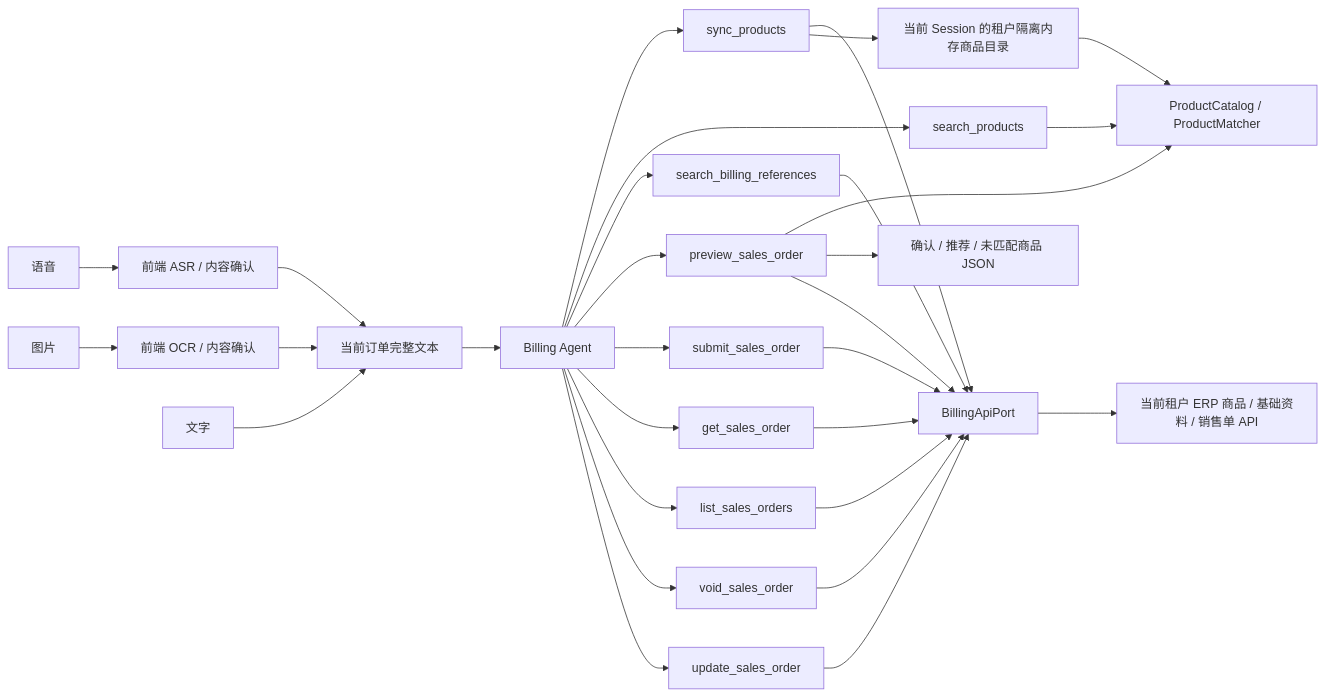
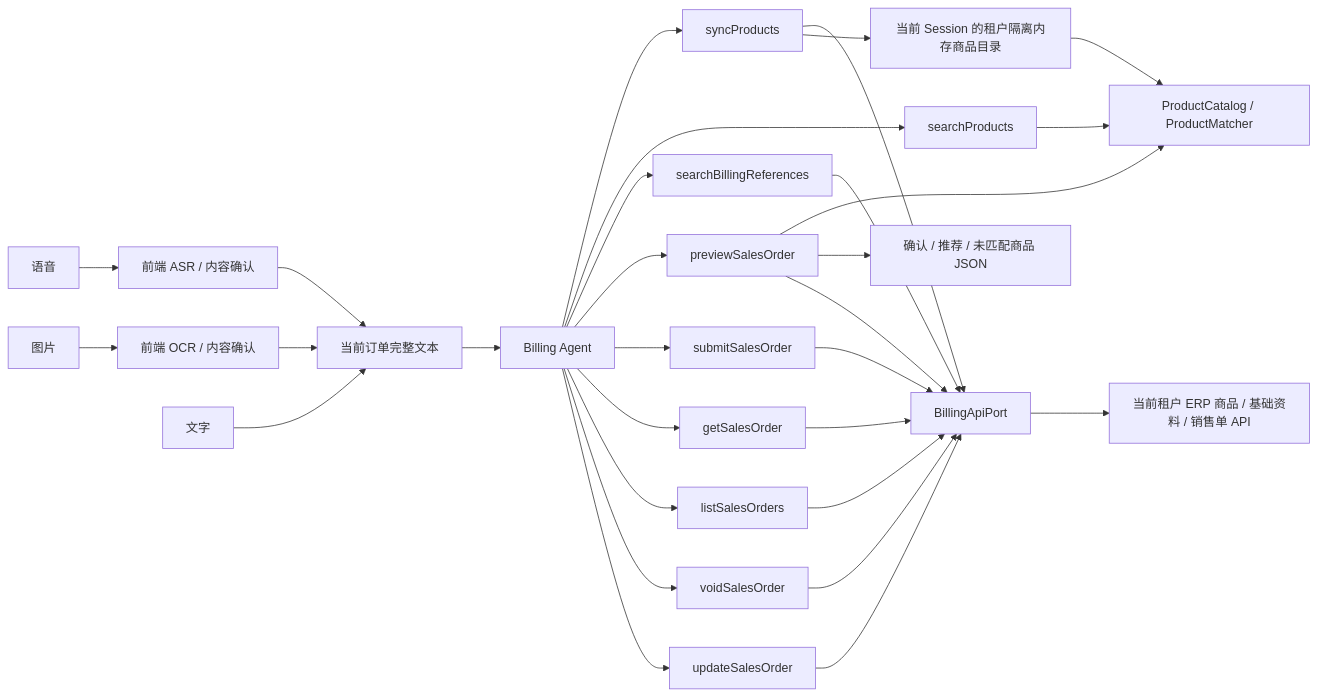
Before and after one commit to 757607106/gjp-cyb-mcp: the diagram in docs/architecture/ai-billing-tools-api-matching.md, drawn with Mermaid. The commit also changed other lines of this file and 15 other files, not shown here.

````diff
--- a/docs/architecture/ai-billing-tools-api-matching.md
+++ b/docs/architecture/ai-billing-tools-api-matching.md
@@ -12,34 +12,34 @@
 ```mermaid
 flowchart LR
     Voice["语音"] --> ASR["前端 ASR / 内容确认"]
     Image["图片"] --> OCR["前端 OCR / 内容确认"]
     Text["文字"] --> FullText["当前订单完整文本"]
     ASR --> FullText
     OCR --> FullText
     FullText --> Agent["Billing Agent"]
 
-    Agent --> Sync["sync_products"]
-    Agent --> Search["search_products"]
-    Agent --> Options["search_billing_references"]
-    Agent --> Draft["preview_sales_order"]
-    Agent --> Submit["submit_sales_order"]
-    Agent --> Detail["get_sales_order"]
-    Agent --> ListOrders["list_sales_orders"]
-    Agent --> Void["void_sales_order"]
-    Agent --> Modify["update_sales_order"]
+    Agent --> Sync["syncProducts"]
+    Agent --> Search["searchProducts"]
+    Agent --> Options["searchBillingReferences"]
+    Agent --> Draft["previewSalesOrder"]
+    Agent --> Submit["submitSalesOrder"]
+    Agent --> Detail["getSalesOrder"]
+    Agent --> ListOrders["listSalesOrders"]
+    Agent --> Void["voidSalesOrder"]
+    Agent --> Modify["updateSalesOrder"]
 
     Sync --> Port["BillingApiPort"]
     Sync --> Catalog["当前 Session 的租户隔离内存商品目录"]
     Search --> Matcher["ProductCatalog / ProductMatcher"]
     Draft --> Matcher
     Catalog --> Matcher
     Draft --> Json["确认 / 推荐 / 未匹配商品 JSON"]
     Options --> Port
     Draft --> Port
     Submit --> Port
     Detail --> Port
     ListOrders --> Port
     Void --> Port
     Modify --> Port
     Port --> ERP["当前租户 ERP 商品 / 基础资料 / 销售单 API"]
 ```
````
